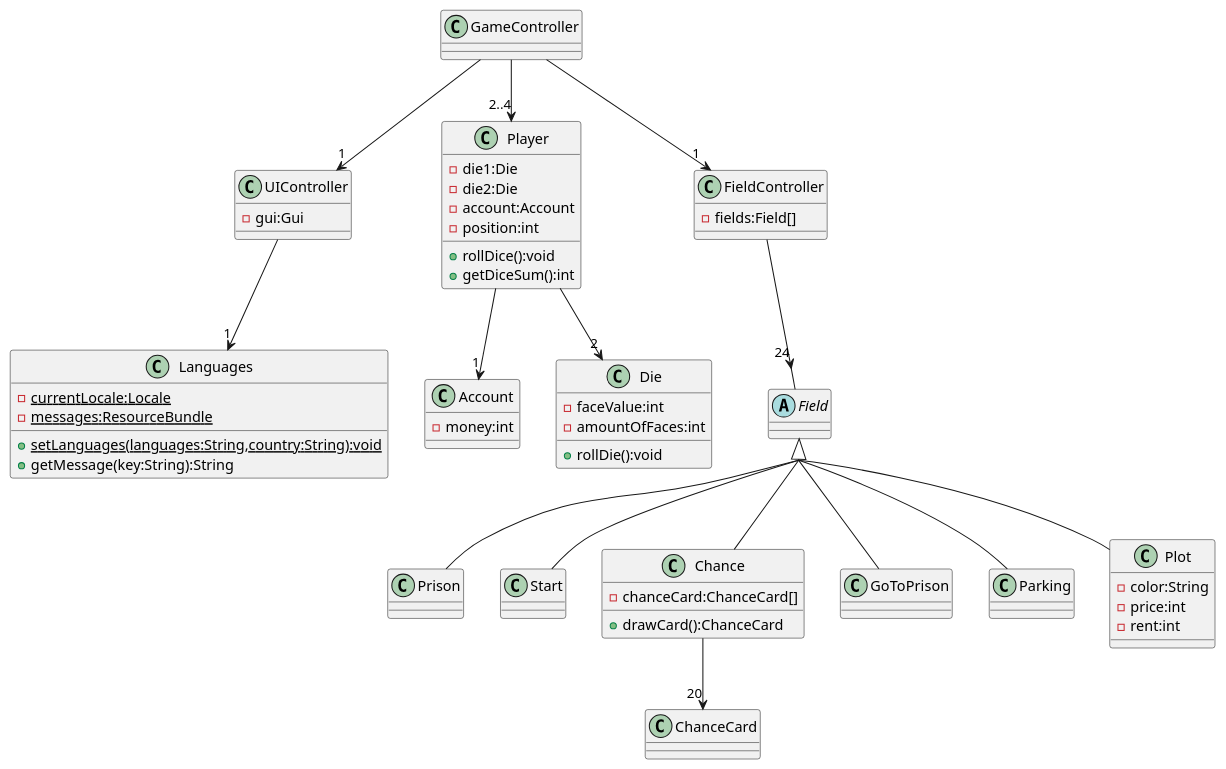
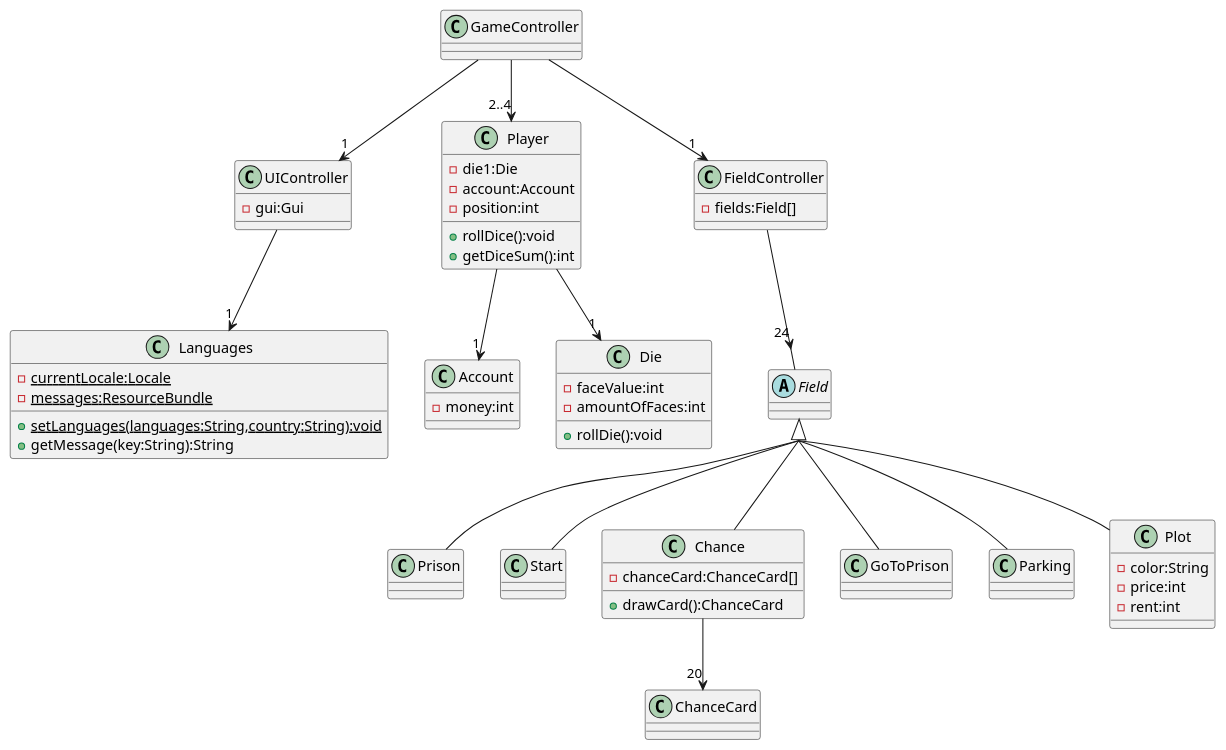
One commit to DTUgruppe15/15_del3 changed the diagram in src/UML/CDIO3ClassDiagram.puml. Above: the diagram before and after it, drawn with PlantUML. The commit also changed 2 other files, not shown here.

Commit message:
Update UML Die

```diff
--- a/src/UML/CDIO3ClassDiagram.puml
+++ b/src/UML/CDIO3ClassDiagram.puml
@@ -1,71 +1,70 @@
 @startuml
 'https://plantuml.com/class-diagram
 skinparam groupInheritance 2
 
 abstract class Field
 class Prison
 class Start
 class Chance{
     -chanceCard:ChanceCard[]
     +drawCard():ChanceCard
 }
 class GoToPrison
 class Parking
 class Plot{
     -color:String
     -price:int
     -rent:int
 }
 
 Field <|-- Prison
 Field <|-- Start
 Field <|-- Chance
 Field <|-- GoToPrison
 Field <|-- Parking
 Field <|-- Plot
 
 class UIController{
     -gui:Gui
 }
 class Player{
     -die1:Die
-    -die2:Die
     -account:Account
     -position:int
     +rollDice():void
     +getDiceSum():int
 }
 class ChanceCard{
 
 }
 
 class Account{
     -money:int
 }
 class Die{
     -faceValue:int
     -amountOfFaces:int
     +rollDie():void
 }
 class FieldController {
     -fields:Field[]
 }
 class GameController
 
-Player -->"2" Die
+Player -->"1" Die
 Player -->"1" Account
 GameController -->"2..4" Player
 GameController -->"1" FieldController
 FieldController -->"24" Field
 GameController -->"1" UIController
 UIController -->"1" Languages
 Chance -->"20" ChanceCard
 
 class Languages{
     {static}-currentLocale:Locale
     {static}-messages:ResourceBundle
     {static}+setLanguages(languages:String,country:String):void
     +getMessage(key:String):String
 }
 
 @enduml
```
